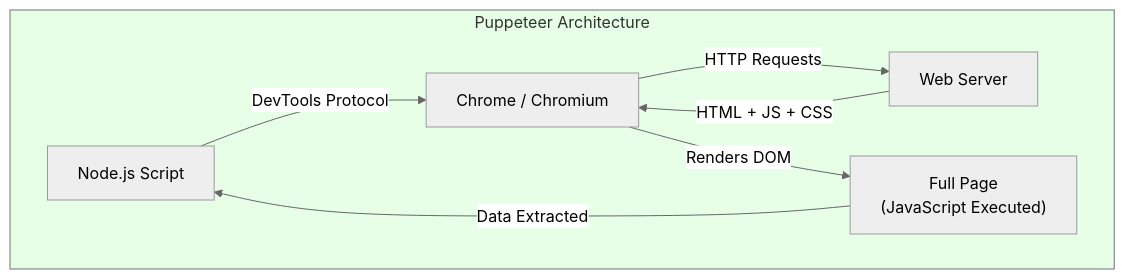
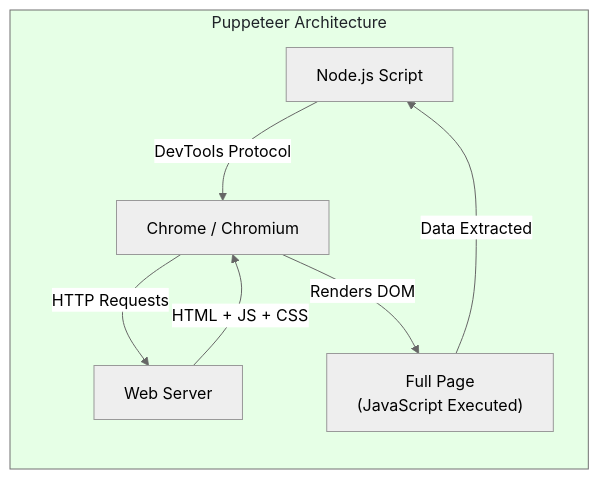
The second of 5 diagrams in _posts/2026-02-27-scrapy-vs-puppeteer-when-to-use-crawler-vs-browser.md (bytetunnels/bytetunnels.github.com), drawn with Mermaid (neutral theme) before and after one commit. The commit also changed other lines of this file and 118 other files, not shown here.

Commit message:
feat: improve diagram styling and compact wide flowcharts

````diff
--- a/_posts/2026-02-27-scrapy-vs-puppeteer-when-to-use-crawler-vs-browser.md
+++ b/_posts/2026-02-27-scrapy-vs-puppeteer-when-to-use-crawler-vs-browser.md
@@ -37,12 +38,13 @@
 ```mermaid
 graph TD
     subgraph PUPPETEER["Puppeteer Architecture"]
+        direction TB
         G["Node.js Script"] -->|"DevTools Protocol"| H["Chrome / Chromium"]
         H -->|"HTTP Requests"| I["Web Server"]
         I -->|"HTML + JS + CSS"| H
-        H -->|"Renders DOM"| J["Full Page<br>(JavaScript Executed)"]
+        H -->|"Renders DOM"| J["Full Page<br/>(JavaScript Executed)"]
         J -->|"Data Extracted"| G
     end
 
-    style PUPPETEER fill:#e6ffe6
+    style PUPPETEER fill:#e6ffe6,color:#1f2328
 ```
````
